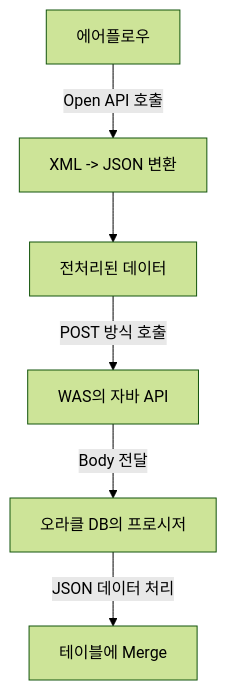
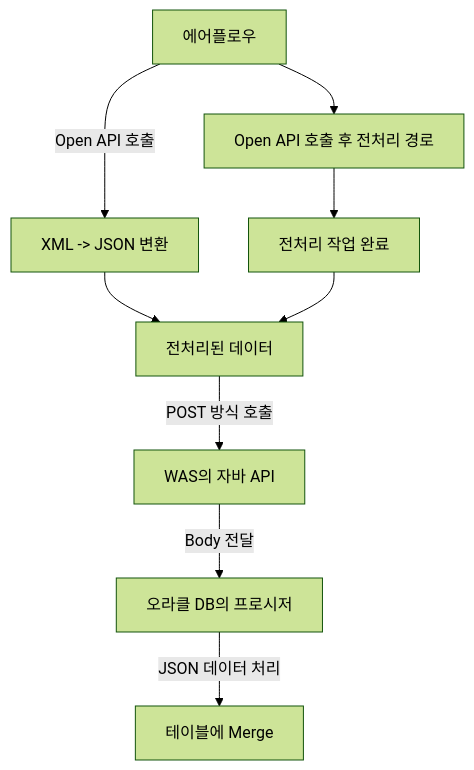
One commit to leedg92/Obsidian changed the first of 2 diagrams in 2차-부경대학교 AI기반 학생중심의 지능형 교육지원시스템 구축 프로젝트/워크넷(고용24) 연계.md. Above: the diagram before and after it, drawn with Mermaid (forest theme).

Commit message:
vault backup: 2024-10-23 09:00:04

````diff
--- a/2차-부경대학교 AI기반 학생중심의 지능형 교육지원시스템 구축 프로젝트/워크넷(고용24) 연계.md
+++ b/2차-부경대학교 AI기반 학생중심의 지능형 교육지원시스템 구축 프로젝트/워크넷(고용24) 연계.md
@@ -8,9 +8,13 @@
 ```mermaid  
-flowchart TD
+flowchart TD
 
     A[에어플로우] -->|Open API 호출| B[XML -> JSON 변환];
     B --> C[전처리된 데이터];
     C -->|POST 방식 호출| D[WAS의 자바 API];
     D -->|Body 전달| E[오라클 DB의 프로시저];
     E -->|JSON 데이터 처리| F[테이블에 Merge];
+
+    %% 추가된 다른 경로
+    A --> G[Open API 호출 후 전처리 경로] --> H[전처리 작업 완료] --> C;
+
 ```
````
